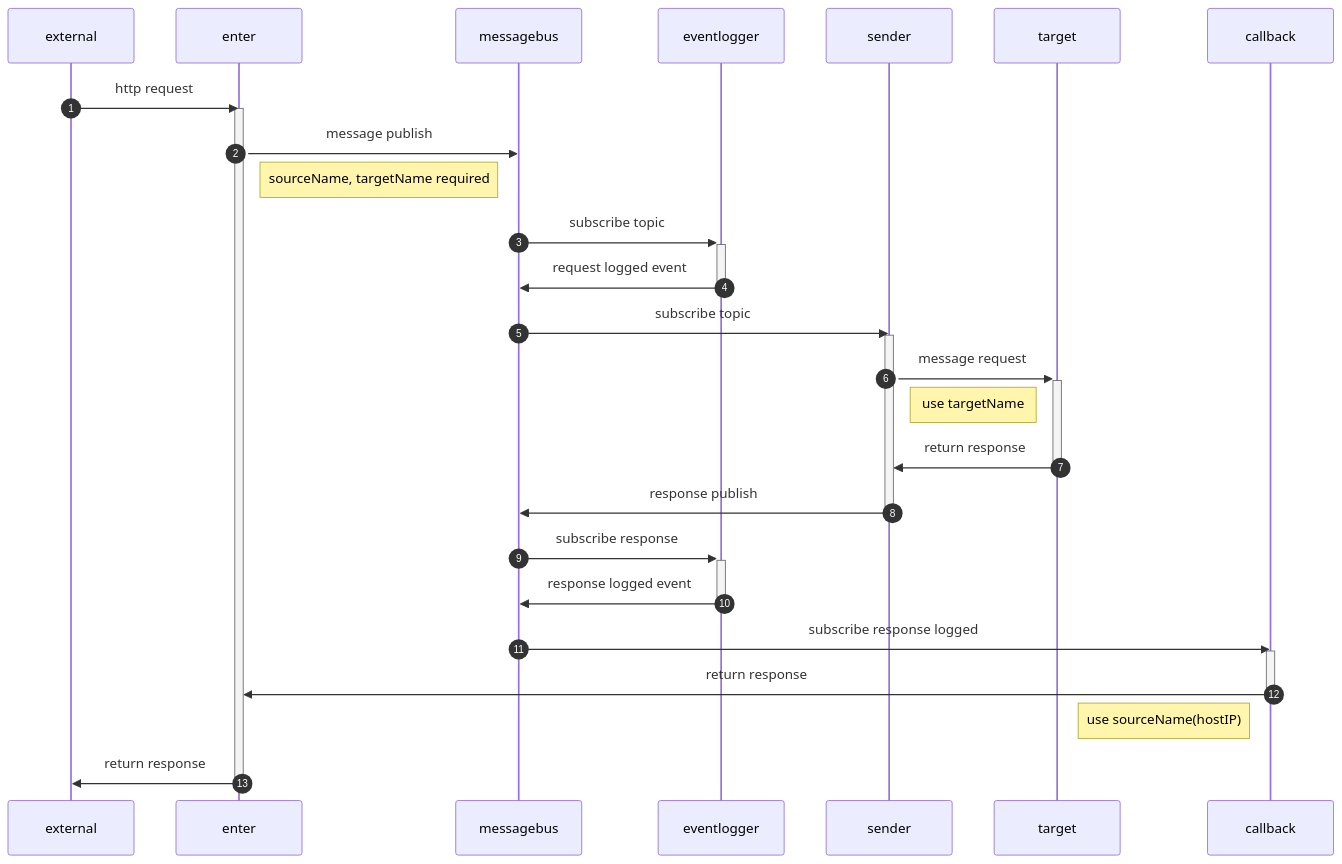
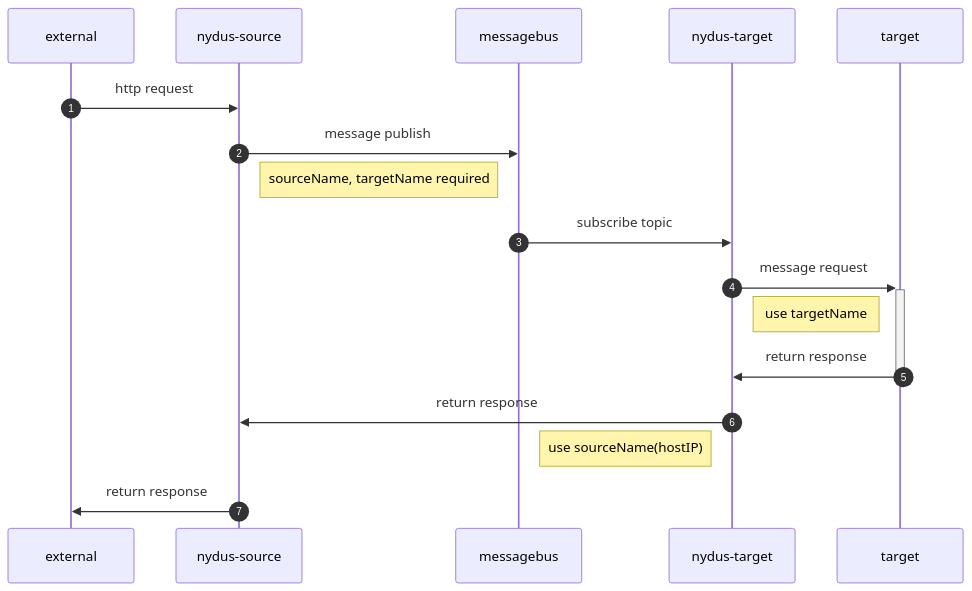
Before and after one commit to kineung-us/nydus: the diagram in README.md, drawn with Mermaid. The commit also changed other lines of this file and 18 other files, not shown here.

````diff
--- a/README.md
+++ b/README.md
@@ -39,26 +41,14 @@
 ```mermaid
 sequenceDiagram
   autonumber
-  external ->> enter: http request
-  activate enter
-  enter ->> messagebus: message publish
-  Note right of enter: sourceName, targetName required
-  messagebus ->>+ eventlogger: subscribe topic
-  eventlogger ->>- messagebus: request logged event
-  messagebus ->> sender: subscribe topic
-  activate sender
-  sender ->>+ target: message request
-  Note right of sender: use targetName
-  target ->>- sender: return response
-  sender ->> messagebus: response publish
-  deactivate sender
-  messagebus ->>+ eventlogger: subscribe response
-  eventlogger ->>- messagebus: response logged event
-  messagebus ->> callback: subscribe response logged
-  activate callback
-  callback ->> enter: return response
-  deactivate callback
-  Note left of callback: use sourceName(hostIP)
-  enter ->> external: return response
-  deactivate enter
+  external ->> nydus-source: http request
+  nydus-source ->> messagebus: message publish
+  Note right of nydus-source: sourceName, targetName required
+  messagebus ->> nydus-target: subscribe topic
+  nydus-target ->>+ target: message request
+  Note right of nydus-target: use targetName
+  target ->>- nydus-target: return response
+  nydus-target ->> nydus-source: return response
+  Note left of nydus-target: use sourceName(hostIP)
+  nydus-source ->> external: return response
 ```
````
